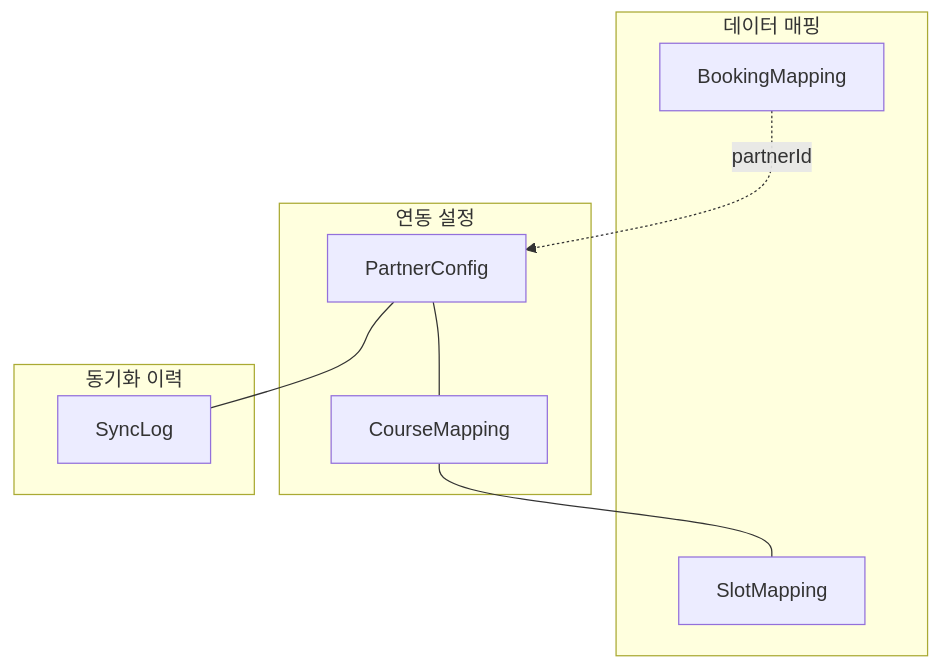
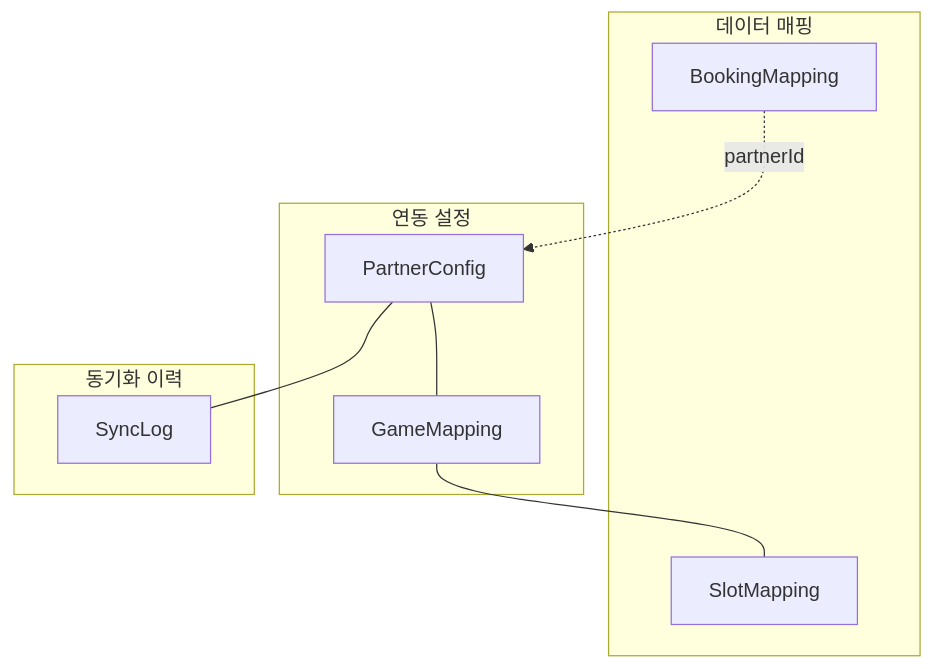
One commit to uniyous/parkgolf-platform changed diagram 31 of 35 in docs/architecture/DATABASE.md. Above: the diagram before and after it, drawn with Mermaid. The commit also changed other lines of this file and 42 other files, not shown here.

````diff
--- a/docs/architecture/DATABASE.md
+++ b/docs/architecture/DATABASE.md
@@ -1446,21 +1446,21 @@
 ```mermaid
 flowchart TB
     subgraph config["연동 설정"]
         P_Config["PartnerConfig"]
-        P_Course["CourseMapping"]
+        P_Course["GameMapping"]
         P_Config --- P_Course
     end
 
     subgraph mapping["데이터 매핑"]
         P_Slot["SlotMapping"]
         P_Booking["BookingMapping"]
         P_Course --- P_Slot
     end
 
     subgraph log["동기화 이력"]
         P_SyncLog["SyncLog"]
     end
 
     P_Config --- P_SyncLog
     P_Booking -.->|partnerId| P_Config
 ```
````
